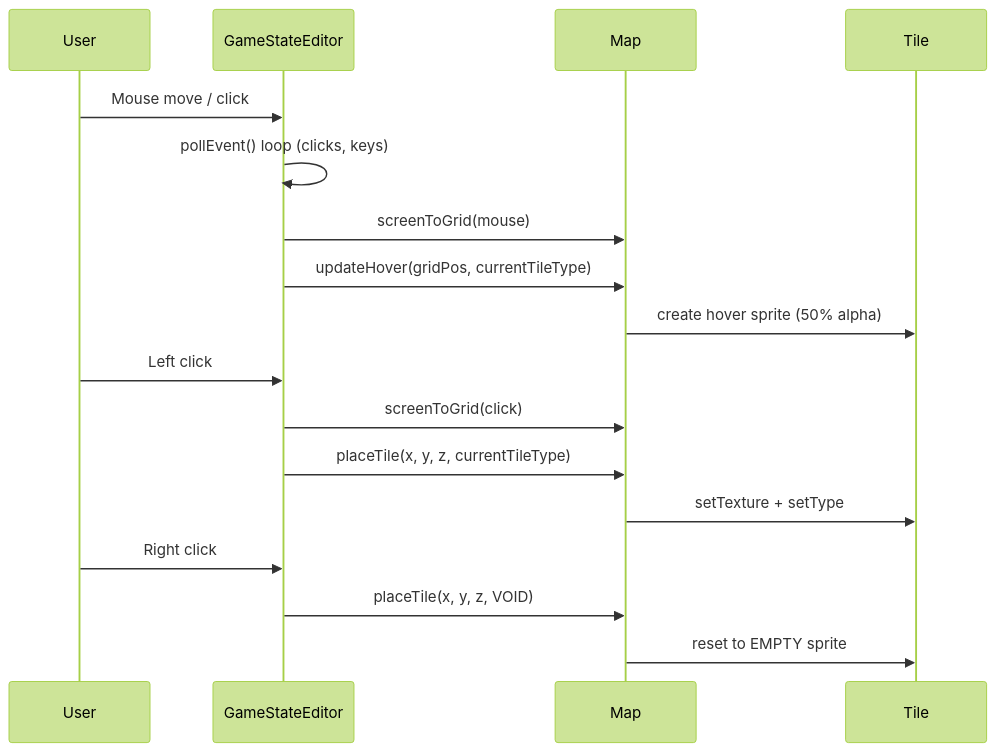
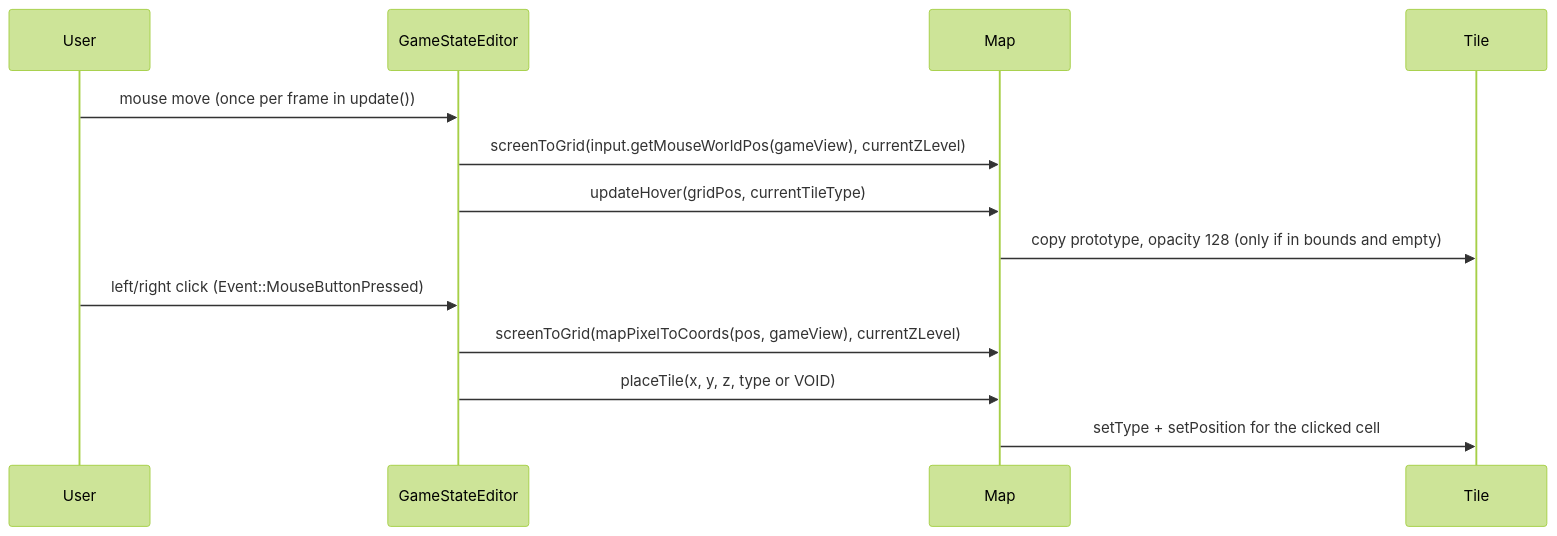
One commit to LeoMart12345/IsometricSFMLgame changed the sixth of 6 diagrams in docs/ARCHITECTURE.md. Above: the diagram before and after it, drawn with Mermaid (forest theme). The commit also changed other lines of this file and 2 other files, not shown here.

First line of the commit message:
docs: document the new layout, build steps and architecture

````diff
--- a/docs/ARCHITECTURE.md
+++ b/docs/ARCHITECTURE.md
@@ -162,22 +258,17 @@
 ```mermaid
 sequenceDiagram
     participant User
     participant Editor as GameStateEditor
     participant Map
     participant Tile
 
-    User->>Editor: Mouse move / click
-    Editor->>Editor: pollEvent() loop (clicks, keys)
-    Editor->>Map: screenToGrid(mouse)
+    User->>Editor: mouse move (once per frame in update())
+    Editor->>Map: screenToGrid(input.getMouseWorldPos(gameView), currentZLevel)
     Editor->>Map: updateHover(gridPos, currentTileType)
-    Map->>Tile: create hover sprite (50% alpha)
+    Map->>Tile: copy prototype, opacity 128 (only if in bounds and empty)
 
-    User->>Editor: Left click
-    Editor->>Map: screenToGrid(click)
-    Editor->>Map: placeTile(x, y, z, currentTileType)
-    Map->>Tile: setTexture + setType
-
-    User->>Editor: Right click
-    Editor->>Map: placeTile(x, y, z, VOID)
-    Map->>Tile: reset to EMPTY sprite
+    User->>Editor: left/right click (Event::MouseButtonPressed)
+    Editor->>Map: screenToGrid(mapPixelToCoords(pos, gameView), currentZLevel)
+    Editor->>Map: placeTile(x, y, z, type or VOID)
+    Map->>Tile: setType + setPosition for the clicked cell
 ```
````
